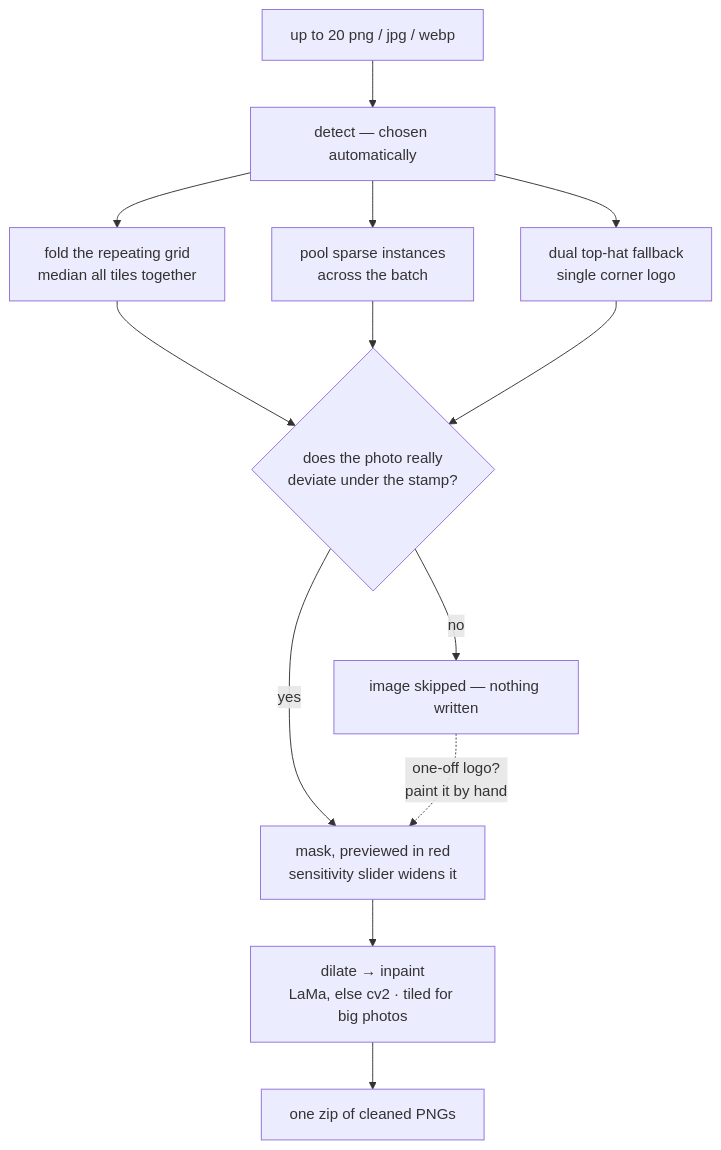
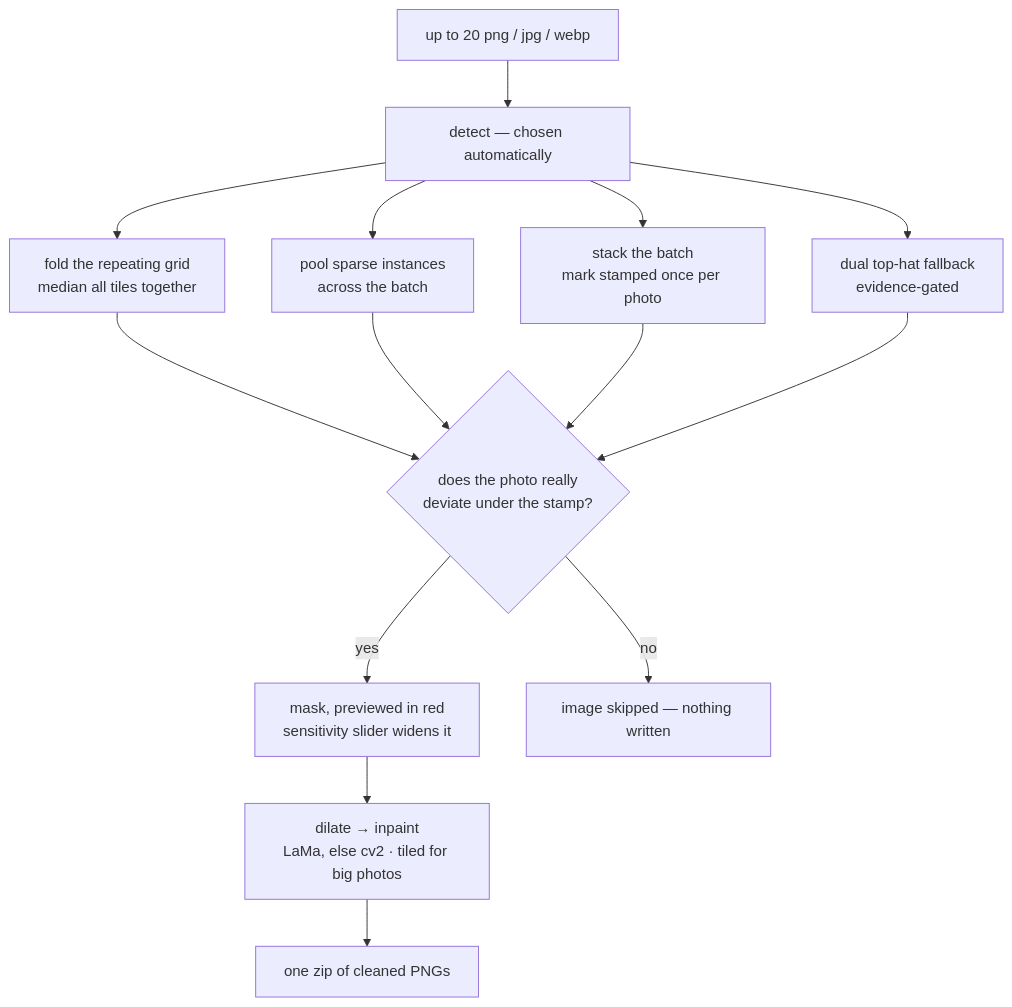
Before and after one commit to WainingCeoi/toolkit: the fourth of 4 diagrams in README.md, drawn with Mermaid. The commit also changed other lines of this file and 13 other files, not shown here.

````diff
--- a/README.md
+++ b/README.md
@@ -222,15 +222,16 @@
 ```mermaid
 flowchart TD
     A["up to 20 png / jpg / webp"] --> D["detect — chosen automatically"]
     D --> D1["fold the repeating grid<br/>median all tiles together"]
     D --> D2["pool sparse instances<br/>across the batch"]
-    D --> D3["dual top-hat fallback<br/>single corner logo"]
+    D --> D4["stack the batch<br/>mark stamped once per photo"]
+    D --> D3["dual top-hat fallback<br/>evidence-gated"]
     D1 --> V{"does the photo really<br/>deviate under the stamp?"}
     D2 --> V
+    D4 --> V
     D3 --> V
     V -- yes --> M["mask, previewed in red<br/>sensitivity slider widens it"]
     V -- no --> K["image skipped — nothing written"]
-    K -. "one-off logo?<br/>paint it by hand" .-> M
     M --> I["dilate → inpaint<br/>LaMa, else cv2 · tiled for big photos"]
     I --> Z["one zip of cleaned PNGs"]
 ```
````
